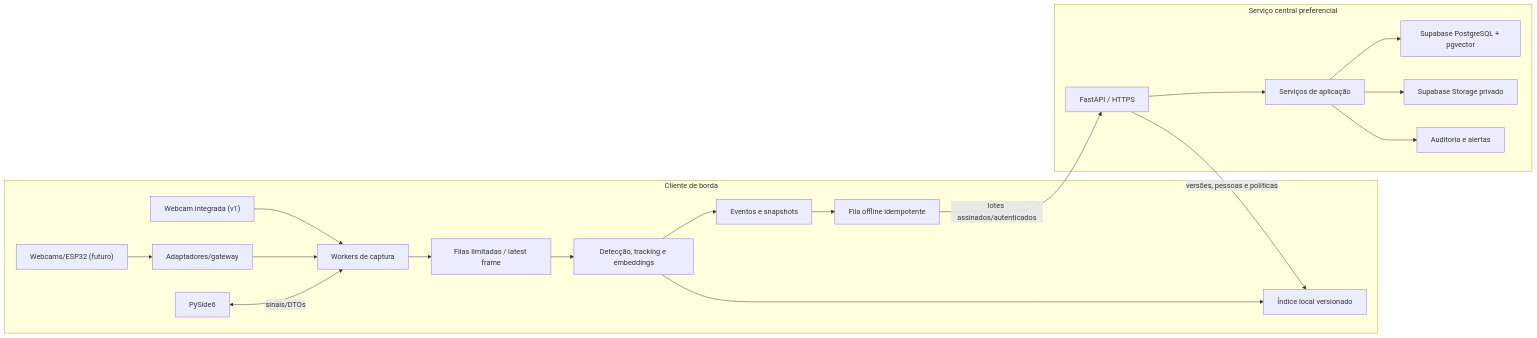
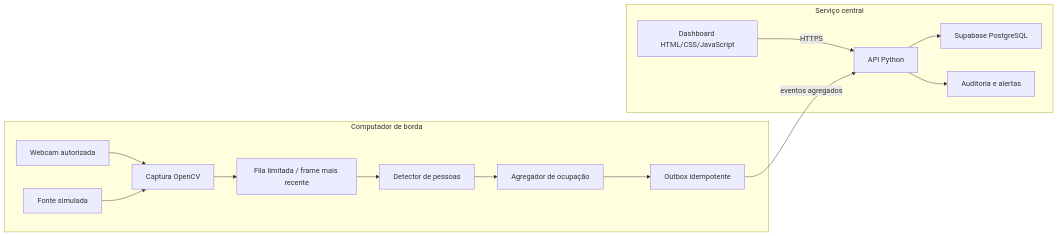
The first of 2 diagrams in .planning/ARCHITECTURE.md (gcazuche/smart-environment), drawn with Mermaid before and after one commit. The commit also changed other lines of this file and 23 other files, not shown here.

````diff
--- a/.planning/ARCHITECTURE.md
+++ b/.planning/ARCHITECTURE.md
@@ -10,21 +13,17 @@
 ```mermaid
 flowchart LR
-    subgraph Edge["Cliente de borda"]
-        W["Webcam integrada (v1)"] --> CAP["Workers de captura"]
-        E["Webcams/ESP32 (futuro)"] --> ING["Adaptadores/gateway"] --> CAP
-        CAP --> Q["Filas limitadas / latest frame"]
-        Q --> INF["Detecção, tracking e embeddings"]
-        INF --> MATCH["Índice local versionado"]
-        INF --> EV["Eventos e snapshots"]
-        EV --> OQ["Fila offline idempotente"]
-        UI["PySide6"] <-->|"sinais/DTOs"| CAP
+    subgraph Edge["Computador de borda"]
+        CAM["Webcam autorizada"] --> CAP["Captura OpenCV"]
+        SIM["Fonte simulada"] --> CAP
+        CAP --> Q["Fila limitada / frame mais recente"]
+        Q --> DET["Detector de pessoas"]
+        DET --> AGG["Agregador de ocupação"]
+        AGG --> OUT["Outbox idempotente"]
     end
-    subgraph Central["Serviço central preferencial"]
-        API["FastAPI / HTTPS"] --> SVC["Serviços de aplicação"]
-        SVC --> PG["Supabase PostgreSQL + pgvector"]
-        SVC --> OBJ["Supabase Storage privado"]
-        SVC --> AUD["Auditoria e alertas"]
+    subgraph Central["Serviço central"]
+        WEB["Dashboard HTML/CSS/JavaScript"] -->|"HTTPS"| API["API Python"]
+        API --> DB["Supabase PostgreSQL"]
+        API --> AUD["Auditoria e alertas"]
     end
-    OQ -->|"lotes assinados/autenticados"| API
-    API -->|"versões, pessoas e políticas"| MATCH
+    OUT -->|"eventos agregados"| API
 ```
````
